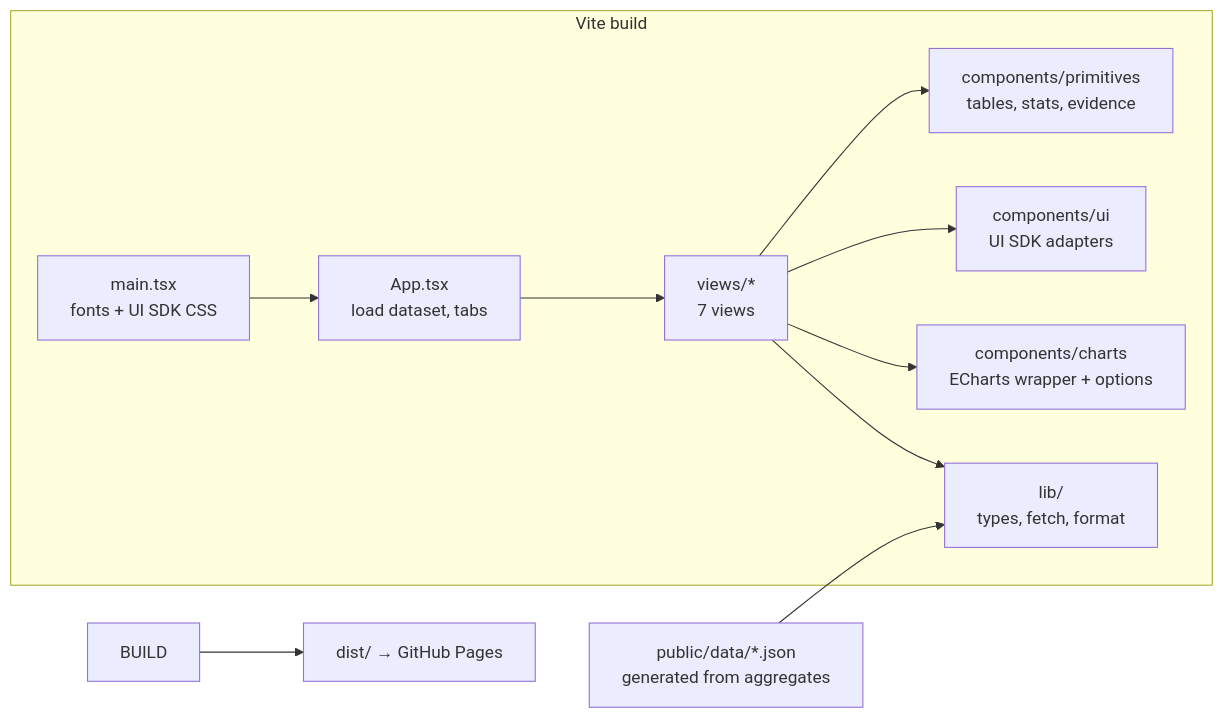
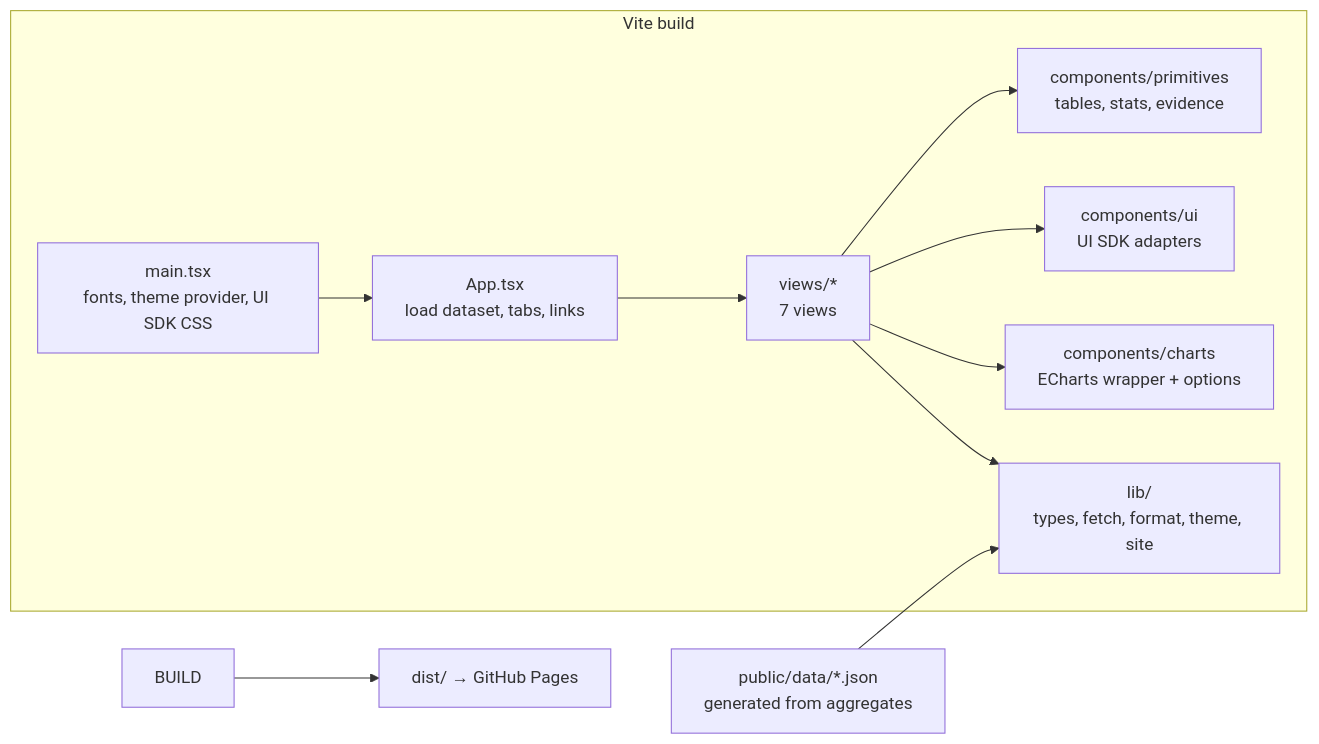
The seventh of 9 diagrams in docs/ARCHITECTURE.md (Nabeelhassan/hn-agentic-ai-survey), drawn with Mermaid before and after one commit. The commit also changed other lines of this file and 1 other file, not shown here.

Commit message:
docs: note the theme switch and header links

````diff
--- a/docs/ARCHITECTURE.md
+++ b/docs/ARCHITECTURE.md
@@ -409,20 +409,20 @@
 ```mermaid
 flowchart LR
   subgraph Build["Vite build"]
-    MAIN["main.tsx<br/>fonts + UI SDK CSS"]
-    APP["App.tsx<br/>load dataset, tabs"]
+    MAIN["main.tsx<br/>fonts, theme provider, UI SDK CSS"]
+    APP["App.tsx<br/>load dataset, tabs, links"]
     VIEWS["views/*<br/>7 views"]
     PRIM["components/primitives<br/>tables, stats, evidence"]
     UI["components/ui<br/>UI SDK adapters"]
     CH["components/charts<br/>ECharts wrapper + options"]
-    LIB["lib/<br/>types, fetch, format"]
+    LIB["lib/<br/>types, fetch, format, theme, site"]
   end
   MAIN --> APP
   APP --> VIEWS
   VIEWS --> PRIM
   VIEWS --> UI
   VIEWS --> CH
   VIEWS --> LIB
   DATA["public/data/*.json<br/>generated from aggregates"] --> LIB
   BUILD --> PAGES["dist/ → GitHub Pages"]
 ```
````
